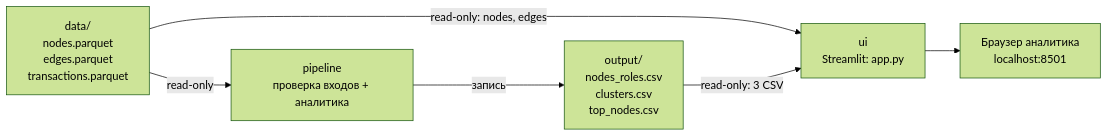
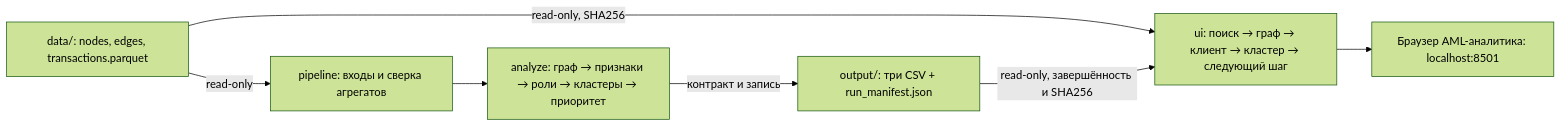
Before and after one commit to BAITC-Hacks/hack-49030f8c-apexflow: the diagram in docs/architecture.md, drawn with Mermaid (forest theme). The commit also changed other lines of this file and 6 other files, not shown here.

````diff
--- a/docs/architecture.md
+++ b/docs/architecture.md
@@ -5,14 +3,15 @@
 ```mermaid
 flowchart LR
-    D["data/\nnodes.parquet\nedges.parquet\ntransactions.parquet"]
-    P["pipeline\nпроверка входов + аналитика"]
-    O["output/\nnodes_roles.csv\nclusters.csv\ntop_nodes.csv"]
-    U["ui\nStreamlit: app.py"]
-    B["Браузер аналитика\nlocalhost:8501"]
-
-    D -->|"read-only"| P
-    P -->|"запись"| O
-    D -->|"read-only: nodes, edges"| U
-    O -->|"read-only: 3 CSV"| U
+    D["data/: nodes, edges, transactions.parquet"]
+    V["pipeline: входы и сверка агрегатов"]
+    A["analyze: граф → признаки → роли → кластеры → приоритет"]
+    O["output/: три CSV + run_manifest.json"]
+    U["ui: поиск → граф → клиент → кластер → следующий шаг"]
+    B["Браузер AML-аналитика: localhost:8501"]
+    D -->|"read-only"| V
+    V --> A
+    A -->|"контракт и запись"| O
+    D -->|"read-only, SHA256"| U
+    O -->|"read-only, завершённость и SHA256"| U
     U --> B
 ```
````
